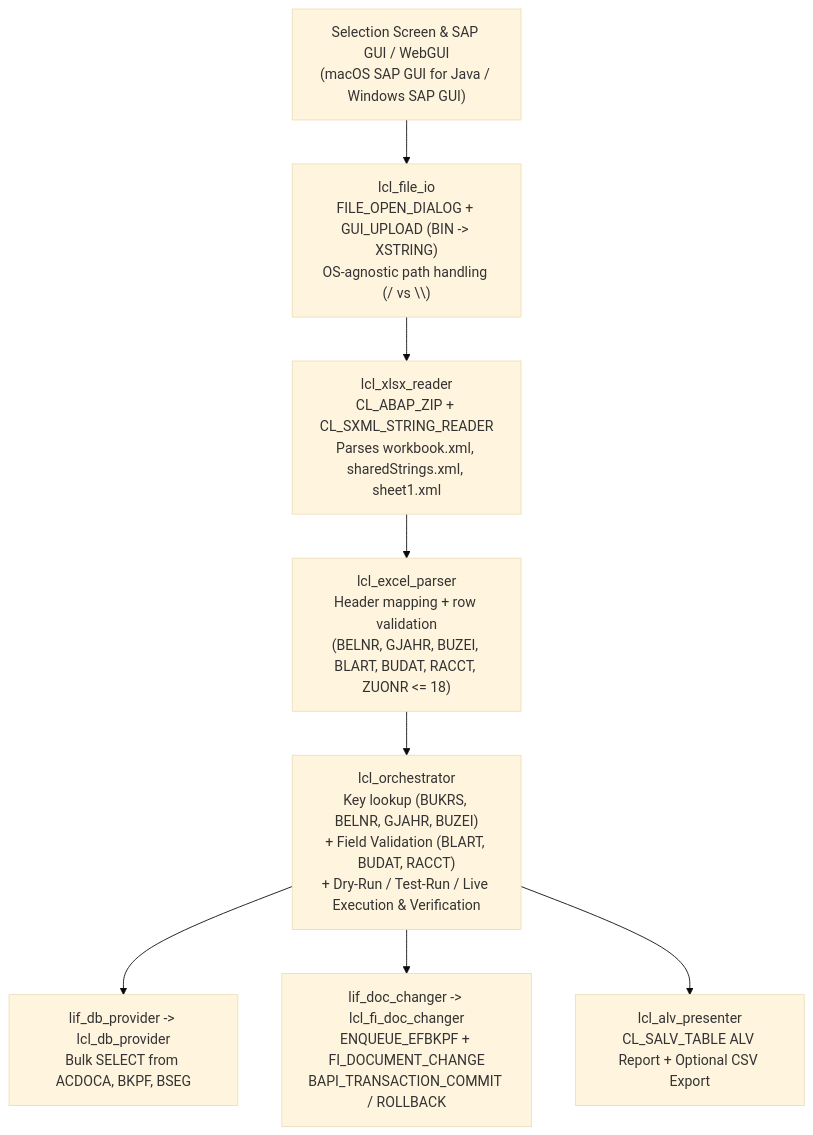
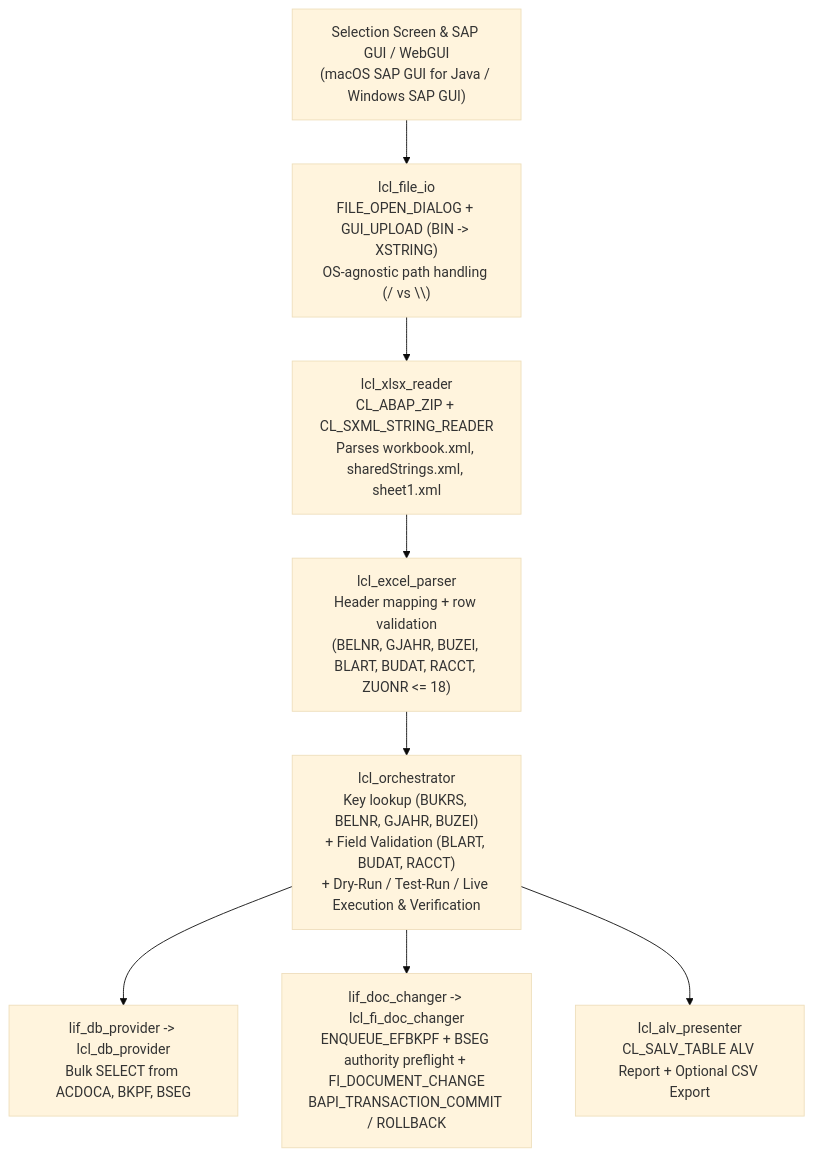
Before and after one commit to yudhiwidyatama/sapbulkchange: the diagram in ABAP_ZPROGRAM_PLAN.md, drawn with Mermaid (base theme). The commit also changed other lines of this file, not shown here.

Commit message:
Document locked BSEG business-area preflight and blank-area exception

````diff
--- a/ABAP_ZPROGRAM_PLAN.md
+++ b/ABAP_ZPROGRAM_PLAN.md
@@ -33,19 +33,19 @@
 ```mermaid
 flowchart TD
     UI["Selection Screen & SAP GUI / WebGUI\n(macOS SAP GUI for Java / Windows SAP GUI)"]
     UPLOAD["lcl_file_io\nFILE_OPEN_DIALOG + GUI_UPLOAD (BIN -> XSTRING)\nOS-agnostic path handling (/ vs \\)"]
     XLSX["lcl_xlsx_reader\nCL_ABAP_ZIP + CL_SXML_STRING_READER\nParses workbook.xml, sharedStrings.xml, sheet1.xml"]
     VALID["lcl_excel_parser\nHeader mapping + row validation\n(BELNR, GJAHR, BUZEI, BLART, BUDAT, RACCT, ZUONR <= 18)"]
     ORCH["lcl_orchestrator\nKey lookup (BUKRS, BELNR, GJAHR, BUZEI)\n+ Field Validation (BLART, BUDAT, RACCT)\n+ Dry-Run / Test-Run / Live Execution & Verification"]
     DB["lif_db_provider -> lcl_db_provider\nBulk SELECT from ACDOCA, BKPF, BSEG"]
-    CHG["lif_doc_changer -> lcl_fi_doc_changer\nENQUEUE_EFBKPF + FI_DOCUMENT_CHANGE\nBAPI_TRANSACTION_COMMIT / ROLLBACK"]
+    CHG["lif_doc_changer -> lcl_fi_doc_changer\nENQUEUE_EFBKPF + BSEG authority preflight + FI_DOCUMENT_CHANGE\nBAPI_TRANSACTION_COMMIT / ROLLBACK"]
     OUT["lcl_alv_presenter\nCL_SALV_TABLE ALV Report + Optional CSV Export"]
 
     UI --> UPLOAD
     UPLOAD --> XLSX
     XLSX --> VALID
     VALID --> ORCH
     ORCH --> DB
     ORCH --> CHG
     ORCH --> OUT
 ```
````
